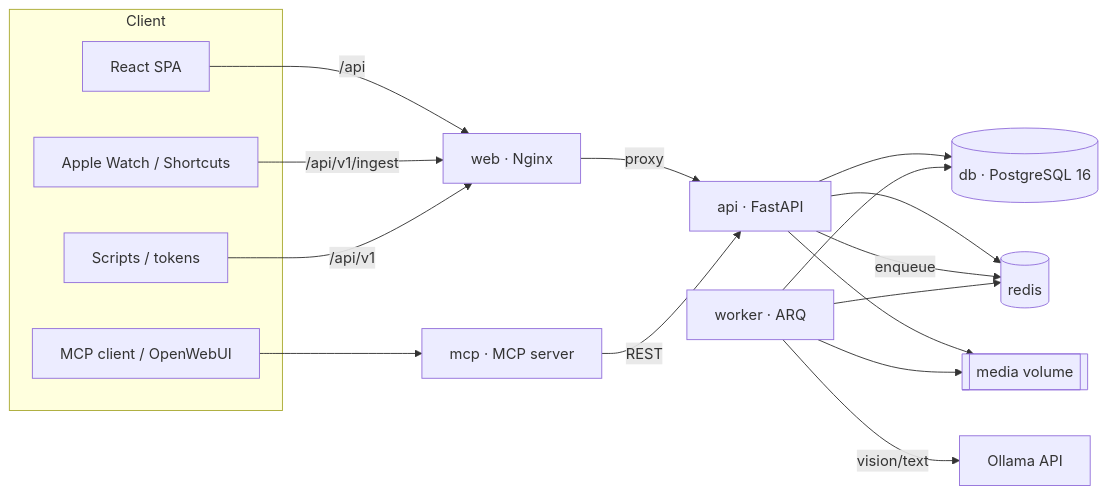
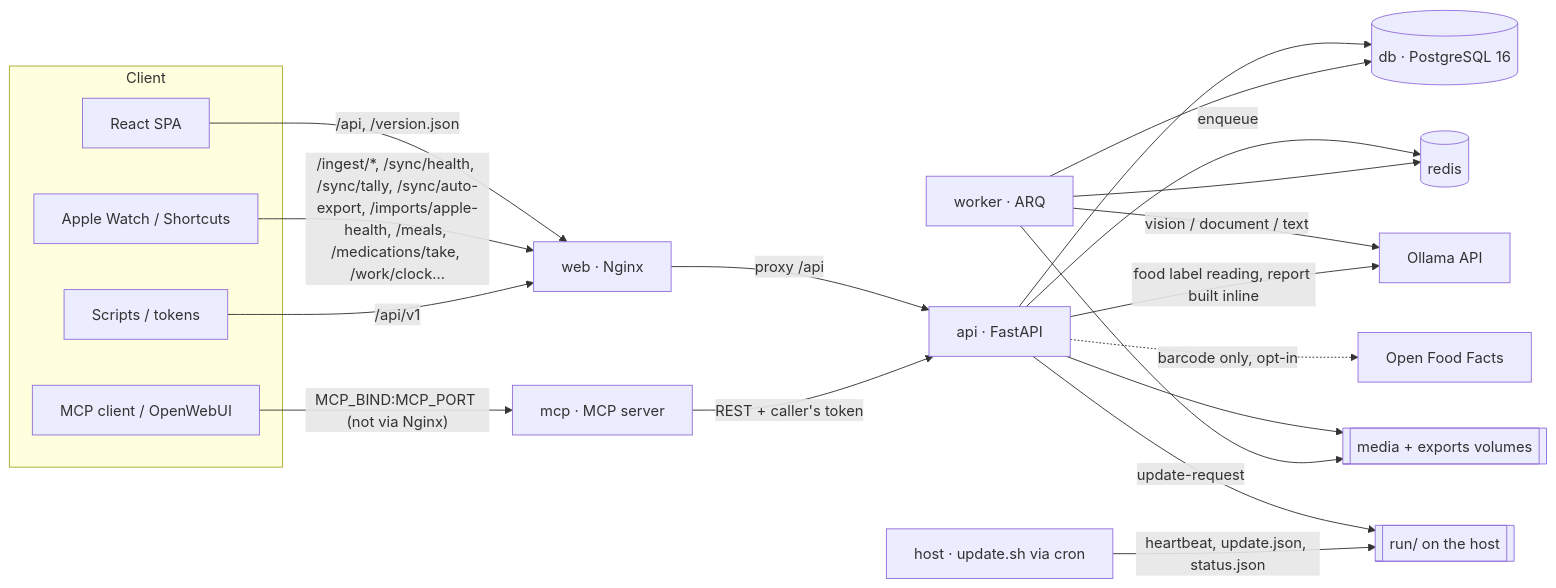
The first of 3 diagrams in docs/architecture.md (Inf3rnus187/Health), drawn with Mermaid before and after one commit. The commit also changed other lines of this file and 11 other files, not shown here.

````diff
--- a/docs/architecture.md
+++ b/docs/architecture.md
@@ -5,25 +5,28 @@
 ```mermaid
 flowchart LR
   subgraph Client
     UI[React SPA]
     Watch[Apple Watch / Shortcuts]
     Scripts[Scripts / tokens]
     AIclientMCP[MCP client / OpenWebUI]
   end
 
-  UI -->|/api| Nginx[web · Nginx]
-  Watch -->|/api/v1/ingest| Nginx
+  UI -->|"/api, /version.json"| Nginx[web · Nginx]
+  Watch -->|"/ingest/*, /sync/health, /sync/tally, /sync/auto-export, /imports/apple-health, /meals, /medications/take, /work/clock…"| Nginx
   Scripts -->|/api/v1| Nginx
-  Nginx -->|proxy| API[api · FastAPI]
-  AIclientMCP --> MCP[mcp · MCP server]
-  MCP -->|REST| API
+  Nginx -->|proxy /api| API[api · FastAPI]
+  AIclientMCP -->|"MCP_BIND:MCP_PORT (not via Nginx)"| MCP[mcp · MCP server]
+  MCP -->|"REST + caller's token"| API
 
   API --> DB[(db · PostgreSQL 16)]
-  API --> Redis[(redis)]
-  API -->|enqueue| Redis
+  API -->|enqueue| Redis[(redis)]
   Worker[worker · ARQ] --> Redis
   Worker --> DB
-  Worker -->|vision/text| Ollama[Ollama API]
-  API --> Media[[media volume]]
+  Worker -->|vision / document / text| Ollama[Ollama API]
+  API -->|"food label reading, report built inline"| Ollama
+  API -.->|"barcode only, opt-in"| OFF[Open Food Facts]
+  API --> Media[[media + exports volumes]]
   Worker --> Media
+  API -->|update-request| Run[[run/ on the host]]
+  Host[host · update.sh via cron] -->|"heartbeat, update.json, status.json"| Run
 ```
````
